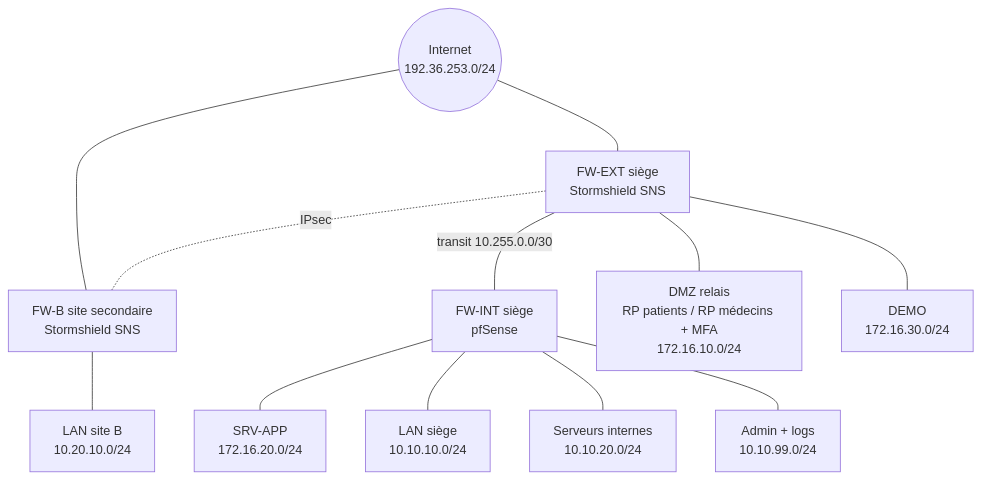
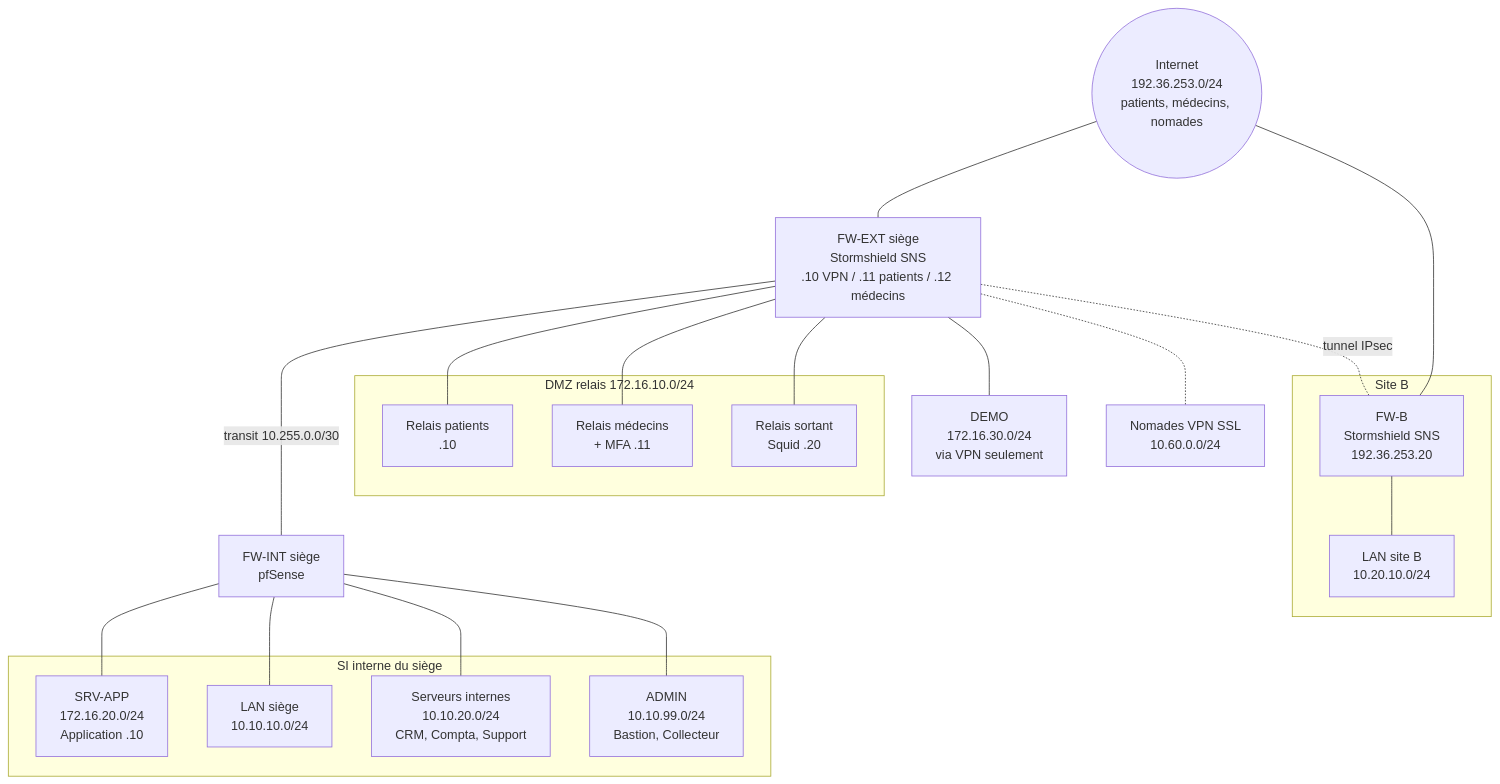
Before and after one commit to Dkls7777/mediconnect-secure-network: the diagram in README.md, drawn with Mermaid. The commit also changed other lines of this file and 4 other files, not shown here.

First line of the commit message:
Rapport final, schema d'architecture complet avec relais sortant, README mis a jour

````diff
--- a/README.md
+++ b/README.md
@@ -20,26 +20,38 @@
 ```mermaid
 flowchart TB
-    NET((Internet<br/>192.36.253.0/24))
-    EXT[FW-EXT siège<br/>Stormshield SNS]
-    B[FW-B site secondaire<br/>Stormshield SNS]
+    NET((Internet<br/>192.36.253.0/24<br/>patients, médecins, nomades))
+    EXT[FW-EXT siège<br/>Stormshield SNS<br/>.10 VPN / .11 patients / .12 médecins]
     INT[FW-INT siège<br/>pfSense]
-    RELAIS[DMZ relais<br/>RP patients / RP médecins + MFA<br/>172.16.10.0/24]
-    DEMO[DEMO<br/>172.16.30.0/24]
-    APP[SRV-APP<br/>172.16.20.0/24]
-    LAN[LAN siège<br/>10.10.10.0/24]
-    SRV[Serveurs internes<br/>10.10.20.0/24]
-    ADM[Admin + logs<br/>10.10.99.0/24]
-    LANB[LAN site B<br/>10.20.10.0/24]
+    subgraph SI[SI interne du siège]
+        APP[SRV-APP<br/>172.16.20.0/24<br/>Application .10]
+        LAN[LAN siège<br/>10.10.10.0/24]
+        SRV[Serveurs internes<br/>10.10.20.0/24<br/>CRM, Compta, Support]
+        ADM[ADMIN<br/>10.10.99.0/24<br/>Bastion, Collecteur]
+    end
+    subgraph DMZ[DMZ relais 172.16.10.0/24]
+        RPP[Relais patients<br/>.10]
+        RPM[Relais médecins<br/>+ MFA .11]
+        PRX[Relais sortant<br/>Squid .20]
+    end
+    DEMO[DEMO<br/>172.16.30.0/24<br/>via VPN seulement]
+    VPN[Nomades VPN SSL<br/>10.60.0.0/24]
+    subgraph SITEB[Site B]
+        B[FW-B<br/>Stormshield SNS<br/>192.36.253.20]
+        LANB[LAN site B<br/>10.20.10.0/24]
+    end
 
     NET --- EXT
-    NET --- B
-    EXT -. IPsec .- B
-    EXT --- RELAIS
-    EXT --- DEMO
-    EXT ---|transit 10.255.0.0/30| INT
+    EXT ----|transit 10.255.0.0/30| INT
     INT --- APP
     INT --- LAN
     INT --- SRV
     INT --- ADM
+    EXT --- RPP
+    EXT --- RPM
+    EXT --- PRX
+    EXT --- DEMO
+    EXT -.- VPN
+    EXT -. tunnel IPsec .- B
+    NET --- B
     B --- LANB
 ```
````
